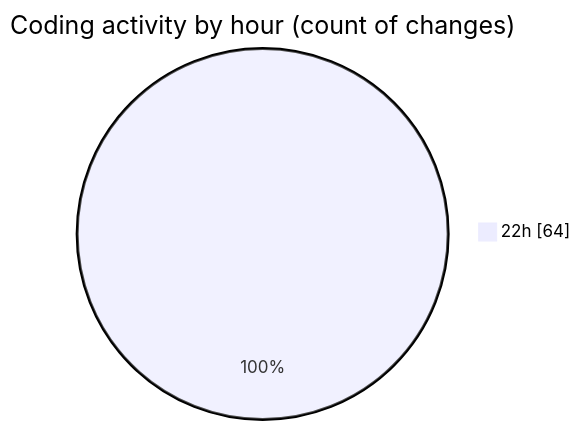
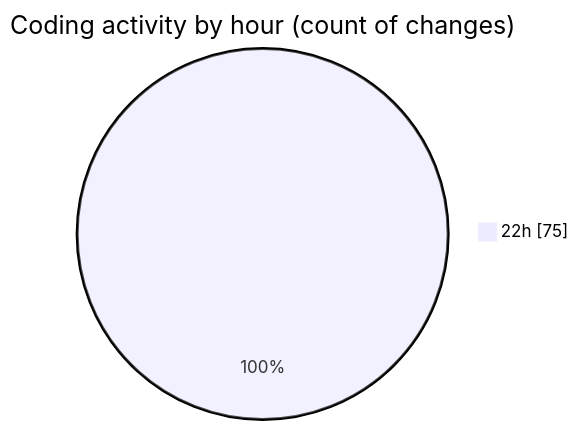
Before and after one commit to Ritupan-Deka/code-tracking: the second of 2 diagrams in 2026-01-10/dsa/README.md, drawn with Mermaid. The commit also changed other lines of this file and 1 other file, not shown here.

````diff
--- a/2026-01-10/dsa/README.md
+++ b/2026-01-10/dsa/README.md
@@ -30,5 +30,5 @@
 ```mermaid
 pie showData
 title Coding activity by hour (count of changes)
-"22h" : 64
+"22h" : 75
 ```
````
